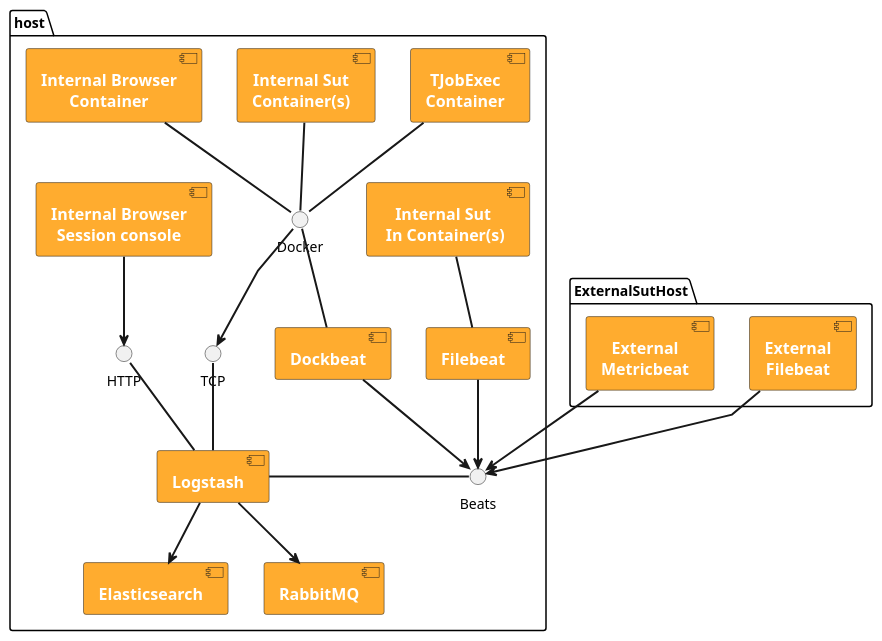
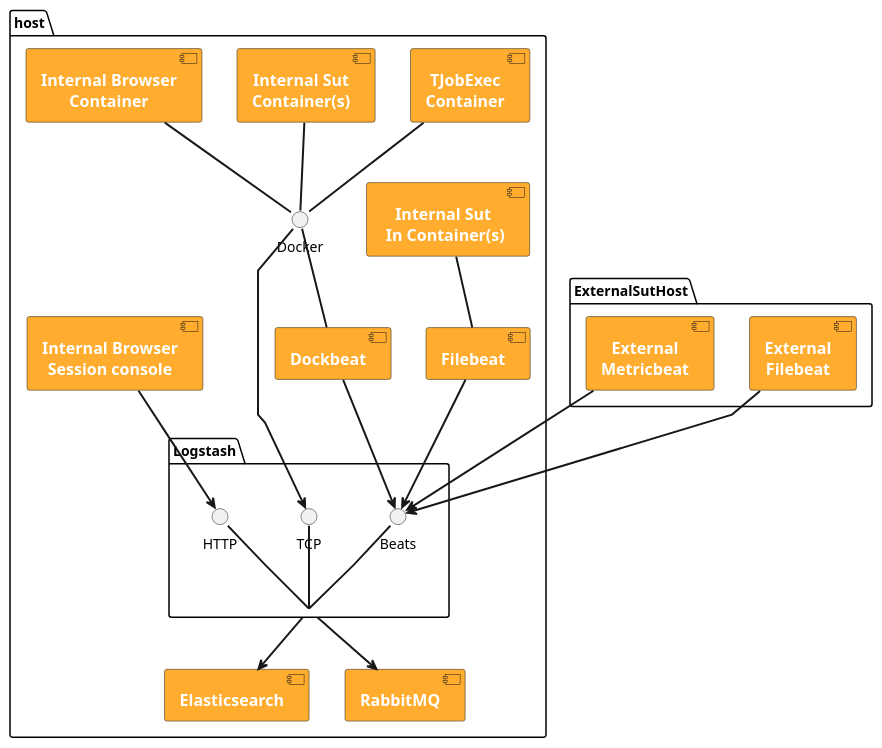
Before and after one commit to elastest/elastest.io-docs: the diagram in UML/ETM/etm-component-monitoring-singlenode.puml, drawn with PlantUML. The commit also changed 3 other files, not shown here.

Commit message:
UML => QoE test added

```diff
--- a/UML/ETM/etm-component-monitoring-singlenode.puml
+++ b/UML/ETM/etm-component-monitoring-singlenode.puml
@@ -1,44 +1,52 @@
 @startuml
 
 skinparam component {
     FontSize 16
     FontStyle bold
     FontColor white
     BackgroundColor #ffac2f
     ArrowFontColor #333333
     ArrowThickness 2
 }
 skinparam defaultTextAlignment center
 skinparam linetype polyline
 
 package host {
+
+    package Logstash{
+        interface TCP
+        interface Beats
+        interface HTTP
+        TCP -- [Logstash]
+        Beats -- [Logstash]
+        HTTP -- [Logstash]
+    }
+
     [TJobExec\nContainer] -- Docker
     [Internal Sut\nContainer(s)] -- Docker
     [Internal Browser\nContainer] -- Docker
     Docker --> TCP
 
     [Internal Browser\nSession console] --> HTTP
 
     [Internal Sut\n In Container(s)] -- [Filebeat]
     [Filebeat] --> Beats
 
     Docker -- [Dockbeat]
     [Dockbeat] --> Beats
 
 
-    TCP -down- [Logstash]
-    Beats -left- [Logstash]
-    HTTP -- [Logstash]
+
 
     [Logstash] --> [Elasticsearch]
     [Logstash] --> [RabbitMQ]
 
 }
 
 package ExternalSutHost {
     [External\nFilebeat] --> Beats
     [External\nMetricbeat] --> Beats
 }
 
 
 @enduml
```
